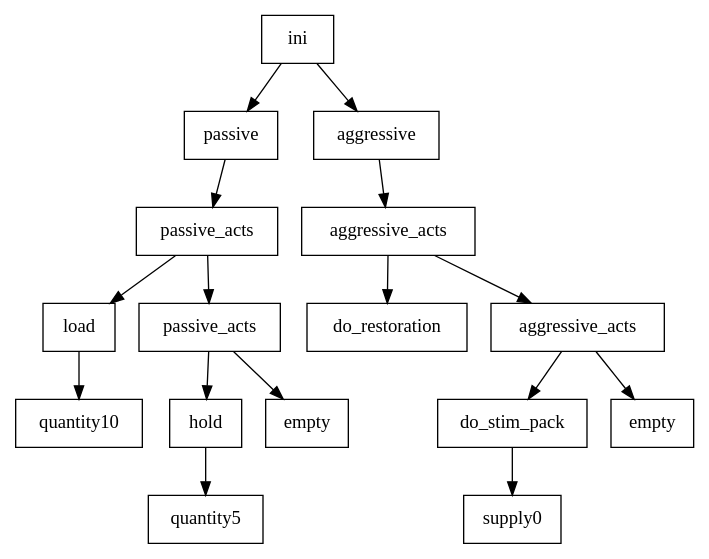
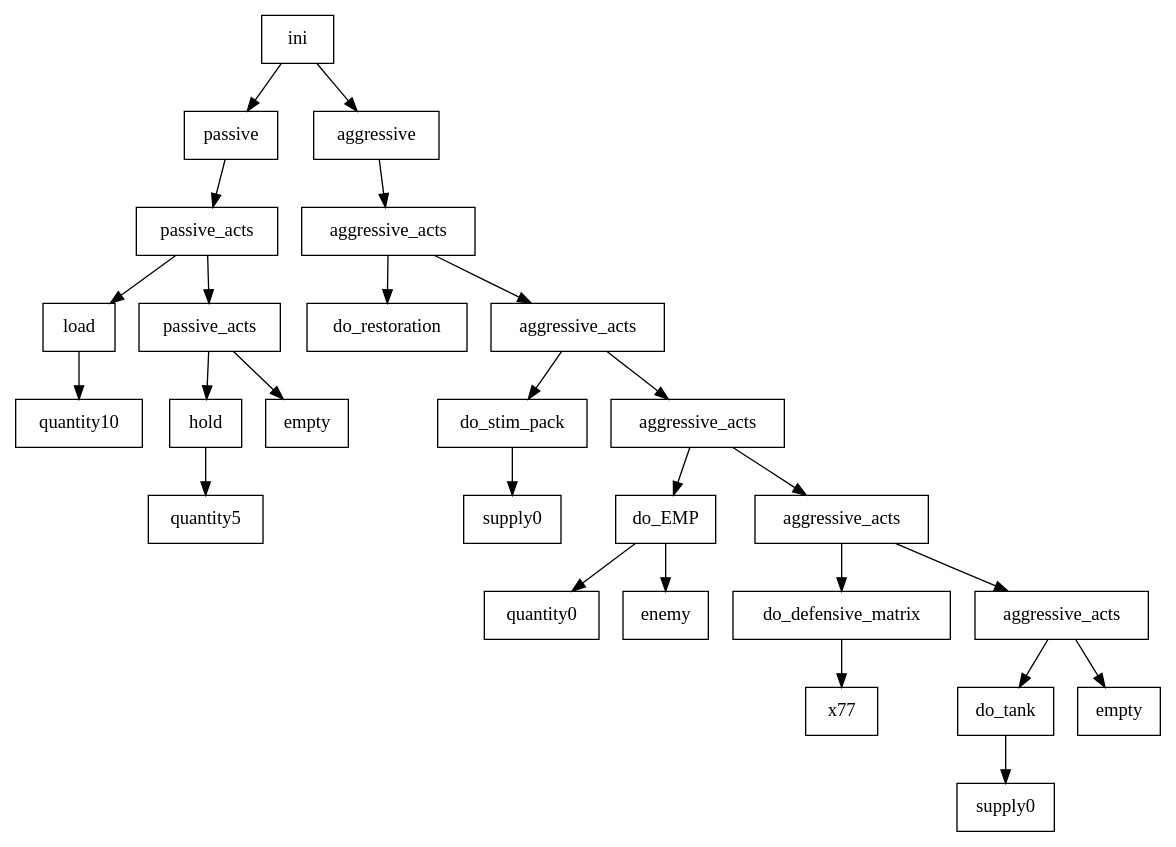
Before and after one commit to cryogenic-dreams/StarCraft-GPBot: the diagram in GPBot/file2.dot, drawn with Graphviz. The commit also changed 29 other files, not shown here.

```diff
--- a/GPBot/file2.dot
+++ b/GPBot/file2.dot
@@ -1,35 +1,55 @@
 digraph g {
 graph [ordering=out];
 node [shape=rectangle];
 n[label = "ini"];
 n0[label = "passive"];
 n00[label = "passive_acts"];
 n000[label = "load"];
 n0000[label = "quantity10"];
 n000 -> n0000;
 n00 -> n000;
 n001[label = "passive_acts"];
 n0010[label = "hold"];
 n00100[label = "quantity5"];
 n0010 -> n00100;
 n001 -> n0010;
 n0011[label = "empty"];
 n001 -> n0011;
 n00 -> n001;
 n0 -> n00;
 n -> n0;
 n1[label = "aggressive"];
 n10[label = "aggressive_acts"];
 n100[label = "do_restoration"];
 n10 -> n100;
 n101[label = "aggressive_acts"];
 n1010[label = "do_stim_pack"];
 n10100[label = "supply0"];
 n1010 -> n10100;
 n101 -> n1010;
-n1011[label = "empty"];
+n1011[label = "aggressive_acts"];
+n10110[label = "do_EMP"];
+n101100[label = "quantity0"];
+n10110 -> n101100;
+n101101[label = "enemy"];
+n10110 -> n101101;
+n1011 -> n10110;
+n10111[label = "aggressive_acts"];
+n101110[label = "do_defensive_matrix"];
+n1011100[label = "x77"];
+n101110 -> n1011100;
+n10111 -> n101110;
+n101111[label = "aggressive_acts"];
+n1011110[label = "do_tank"];
+n10111100[label = "supply0"];
+n1011110 -> n10111100;
+n101111 -> n1011110;
+n1011111[label = "empty"];
+n101111 -> n1011111;
+n10111 -> n101111;
+n1011 -> n10111;
 n101 -> n1011;
 n10 -> n101;
 n1 -> n10;
 n -> n1;
 }
```
